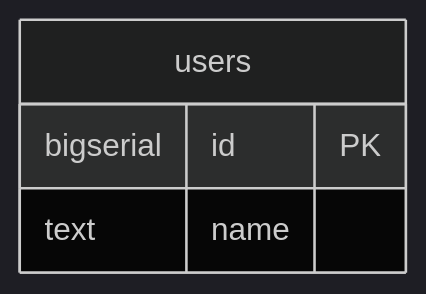
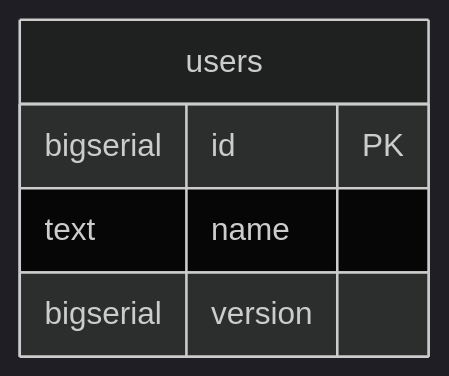
Before and after one commit to turtton/kmnlib: the first of 2 diagrams in README.md, drawn with Mermaid (dark theme). The commit also changed other lines of this file and 5 other files, not shown here.

````diff
--- a/README.md
+++ b/README.md
@@ -15,7 +15,8 @@
 ```mermaid
 erDiagram
     users {
         bigserial id "PK"
         text name
+        bigserial version
     }
 ```
````
